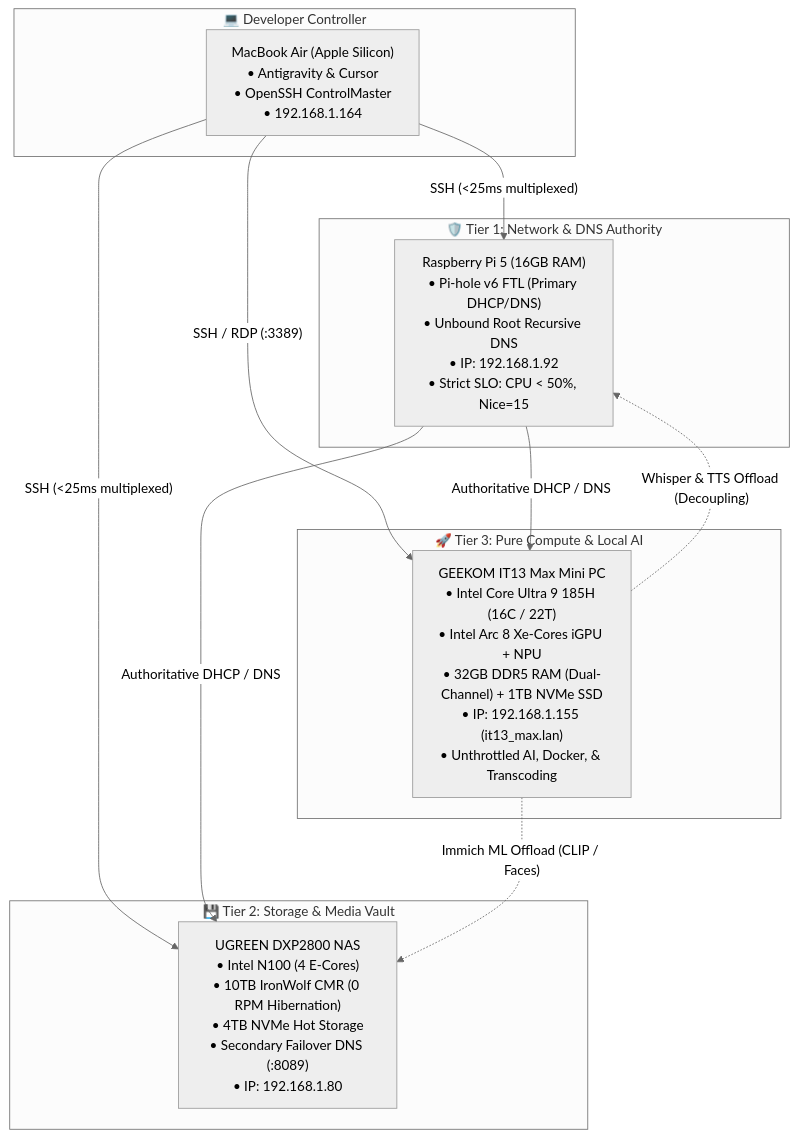
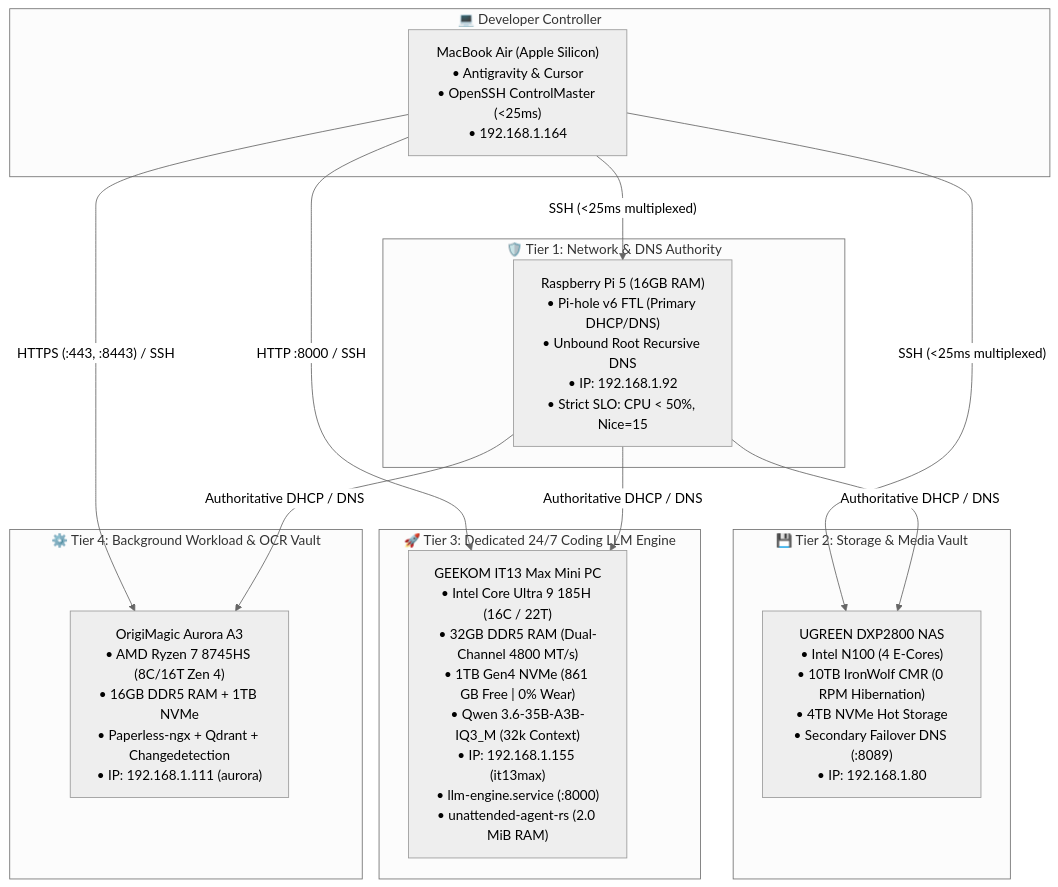
Before and after one commit to deepshah08/Learning: the first of 2 diagrams in hardware_and_diagnostics/it13max_compute_node/README.md, drawn with Mermaid (neutral theme). The commit also changed other lines of this file and 4 other files, not shown here.

Commit message:
docs(it13): document 24/7 dedicated coding engine transformation, 32k context upgrade, and quantization benchmarks

````diff
--- a/hardware_and_diagnostics/it13max_compute_node/README.md
+++ b/hardware_and_diagnostics/it13max_compute_node/README.md
@@ -20,28 +18,31 @@
 ```mermaid
 flowchart TD
     subgraph Controller ["💻 Developer Controller"]
-        Mac["MacBook Air (Apple Silicon)<br/>• Antigravity & Cursor<br/>• OpenSSH ControlMaster<br/>• 192.168.1.164"]
+        Mac["MacBook Air (Apple Silicon)<br/>• Antigravity & Cursor<br/>• OpenSSH ControlMaster (&lt;25ms)<br/>• 192.168.1.164"]
     end
 
     subgraph CoreNetwork ["🛡️ Tier 1: Network & DNS Authority"]
         Pi5["Raspberry Pi 5 (16GB RAM)<br/>• Pi-hole v6 FTL (Primary DHCP/DNS)<br/>• Unbound Root Recursive DNS<br/>• IP: 192.168.1.92<br/>• Strict SLO: CPU &lt; 50%, Nice=15"]
     end
 
     subgraph StorageVault ["💾 Tier 2: Storage & Media Vault"]
         NAS["UGREEN DXP2800 NAS<br/>• Intel N100 (4 E-Cores)<br/>• 10TB IronWolf CMR (0 RPM Hibernation)<br/>• 4TB NVMe Hot Storage<br/>• Secondary Failover DNS (:8089)<br/>• IP: 192.168.1.80"]
     end
 
-    subgraph ComputeNode ["🚀 Tier 3: Pure Compute & Local AI"]
-        IT13["GEEKOM IT13 Max Mini PC<br/>• Intel Core Ultra 9 185H (16C / 22T)<br/>• Intel Arc 8 Xe-Cores iGPU + NPU<br/>• 32GB DDR5 RAM (Dual-Channel) + 1TB NVMe SSD<br/>• IP: 192.168.1.155 (it13_max.lan)<br/>• Unthrottled AI, Docker, & Transcoding"]
+    subgraph ComputeNode ["🚀 Tier 3: Dedicated 24/7 Coding LLM Engine"]
+        IT13["GEEKOM IT13 Max Mini PC<br/>• Intel Core Ultra 9 185H (16C / 22T)<br/>• 32GB DDR5 RAM (Dual-Channel 4800 MT/s)<br/>• 1TB Gen4 NVMe (861 GB Free | 0% Wear)<br/>• Qwen 3.6-35B-A3B-IQ3_M (32k Context)<br/>• IP: 192.168.1.155 (it13max)<br/>• llm-engine.service (:8000)<br/>• unattended-agent-rs (2.0 MiB RAM)"]
+    end
+
+    subgraph WorkloadNode ["⚙️ Tier 4: Background Workload & OCR Vault"]
+        Aurora["OrigiMagic Aurora A3<br/>• AMD Ryzen 7 8745HS (8C/16T Zen 4)<br/>• 16GB DDR5 RAM + 1TB NVMe<br/>• Paperless-ngx + Qdrant + Changedetection<br/>• IP: 192.168.1.111 (aurora)"]
     end
 
     Mac -->|"SSH (&lt;25ms multiplexed)"| Pi5
     Mac -->|"SSH (&lt;25ms multiplexed)"| NAS
-    Mac -->|"SSH / RDP (:3389)"| IT13
+    Mac -->|"HTTP :8000 / SSH"| IT13
+    Mac -->|"HTTPS (:443, :8443) / SSH"| Aurora
 
     Pi5 -->|"Authoritative DHCP / DNS"| IT13
     Pi5 -->|"Authoritative DHCP / DNS"| NAS
-
-    IT13 -.->|"Immich ML Offload (CLIP / Faces)"| NAS
-    IT13 -.->|"Whisper & TTS Offload (Decoupling)"| Pi5
+    Pi5 -->|"Authoritative DHCP / DNS"| Aurora
 ```
````
